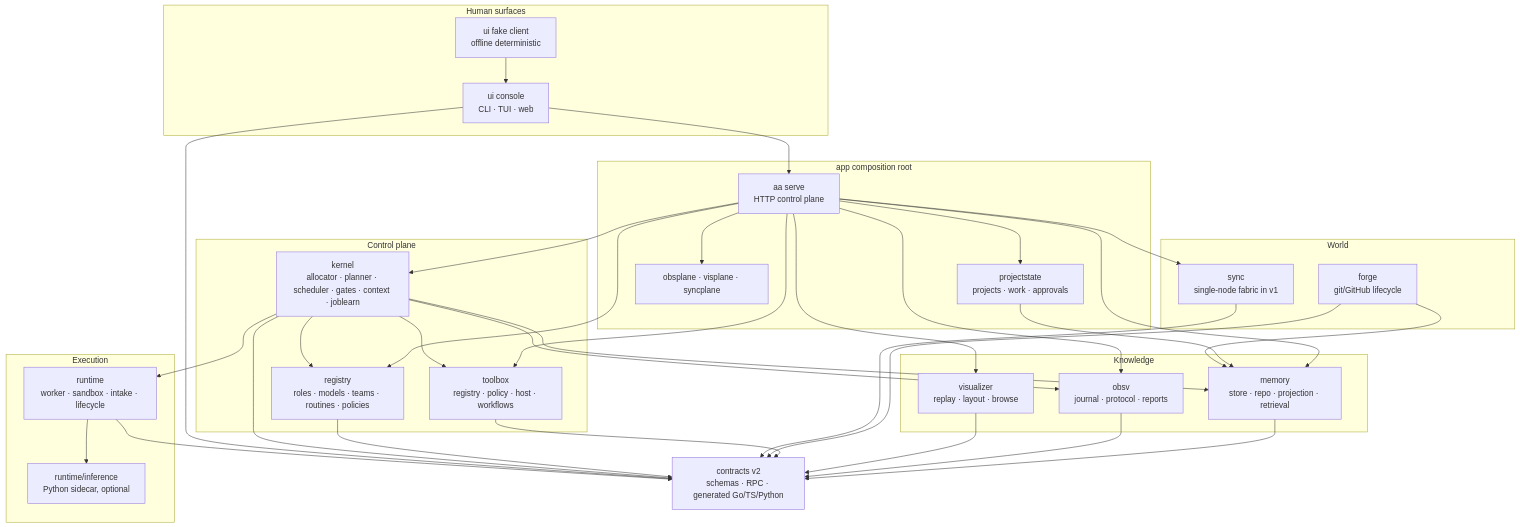
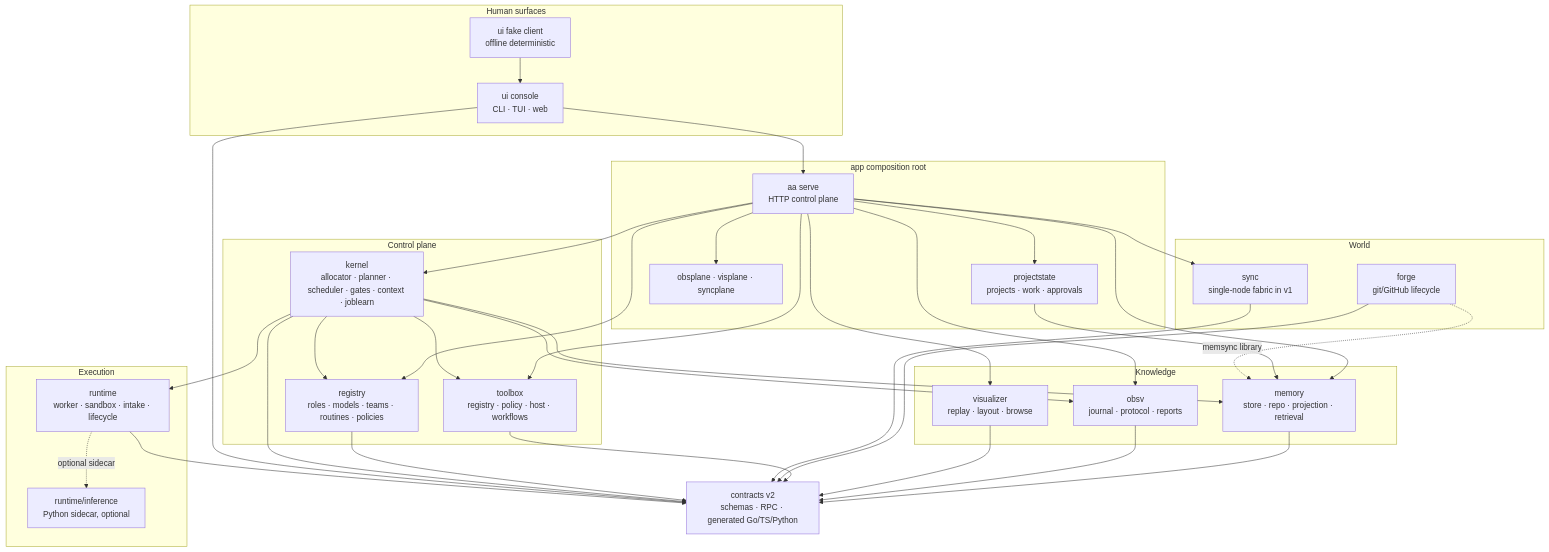
Before and after one commit to greadee/aa: the first of 5 diagrams in docs/architecture/diagrams.md, drawn with Mermaid. The commit also changed other lines of this file and 32 other files, not shown here.

````diff
--- a/docs/architecture/diagrams.md
+++ b/docs/architecture/diagrams.md
@@ -14,67 +14,67 @@
 ```mermaid
 flowchart TB
     subgraph Surface["Human surfaces"]
         console["ui console<br/>CLI · TUI · web"]
         fake["ui fake client<br/>offline deterministic"]
     end
 
     subgraph Composition["app composition root"]
         daemon["aa serve<br/>HTTP control plane"]
         state["projectstate<br/>projects · work · approvals"]
         planes["obsplane · visplane · syncplane"]
     end
 
     subgraph Control["Control plane"]
         kernel["kernel<br/>allocator · planner · scheduler · gates · context · joblearn"]
         registry["registry<br/>roles · models · teams · routines · policies"]
         toolbox["toolbox<br/>registry · policy · host · workflows"]
     end
 
     subgraph Execution["Execution"]
         runtime["runtime<br/>worker · sandbox · intake · lifecycle"]
         inference["runtime/inference<br/>Python sidecar, optional"]
     end
 
     subgraph Knowledge["Knowledge"]
         memory["memory<br/>store · repo · projection · retrieval"]
         obsv["obsv<br/>journal · protocol · reports"]
         vis["visualizer<br/>replay · layout · browse"]
     end
 
     subgraph World["World"]
         forge["forge<br/>git/GitHub lifecycle"]
         sync["sync<br/>single-node fabric in v1"]
     end
 
     contracts["contracts v2<br/>schemas · RPC · generated Go/TS/Python"]
 
     console --> daemon
     fake --> console
     daemon --> state
     daemon --> planes
     daemon --> kernel
     daemon --> memory
     daemon --> obsv
     daemon --> vis
     daemon --> sync
     daemon --> toolbox
     daemon --> registry
     kernel --> runtime
     kernel --> registry
     kernel --> memory
     kernel --> obsv
     kernel --> toolbox
-    runtime --> inference
+    runtime -.->|optional sidecar| inference
     runtime --> contracts
     state --> memory
     memory --> contracts
     obsv --> contracts
     vis --> contracts
     toolbox --> contracts
-    forge --> memory
+    forge -.->|memsync library| memory
     forge --> contracts
     sync --> contracts
     registry --> contracts
     kernel --> contracts
     console --> contracts
 ```
````
